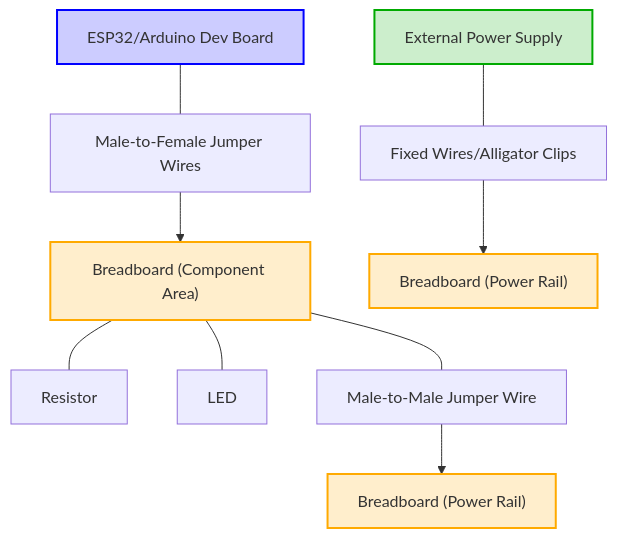
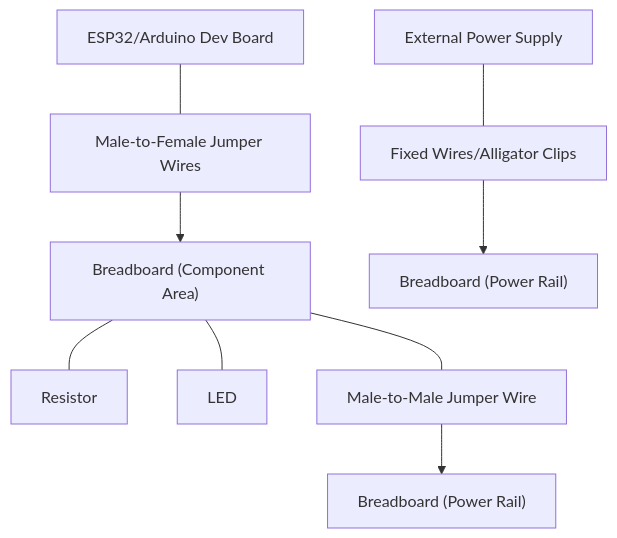
One commit to teatang/t-blog changed the second of 2 diagrams in source/_posts/2024/2024-06-06_面包板与杜邦线详解.md. Above: the diagram before and after it, drawn with Mermaid. The commit also changed other lines of this file and 24 other files, not shown here.

```diff
--- a/source/_posts/2024/2024-06-06_面包板与杜邦线详解.md
+++ b/source/_posts/2024/2024-06-06_面包板与杜邦线详解.md
@@ -164,17 +150,11 @@
 {% mermaid %}
 graph TD
     A[ESP32/Arduino Dev Board] --- D1[Male-to-Female Jumper Wires] --> M1["Breadboard (Component Area)"]
   
     M1 --- E1[Resistor]
     M1 --- E2[LED]
   
     M1 --- D2[Male-to-Male Jumper Wire] --> M2["Breadboard (Power Rail)"]
   
     P[External Power Supply] --- D3[Fixed Wires/Alligator Clips] --> M3["Breadboard (Power Rail)"]
-
-    style A fill:#CCCCFF,stroke:#0000FF,stroke-width:2px;
-    style M1 fill:#FFEECC,stroke:#FFAA00,stroke-width:2px;
-    style M2 fill:#FFEECC,stroke:#FFAA00,stroke-width:2px;
-    style M3 fill:#FFEECC,stroke:#FFAA00,stroke-width:2px;
-    style P fill:#CCEECC,stroke:#00AA00,stroke-width:2px;
 {% endmermaid %}
```
